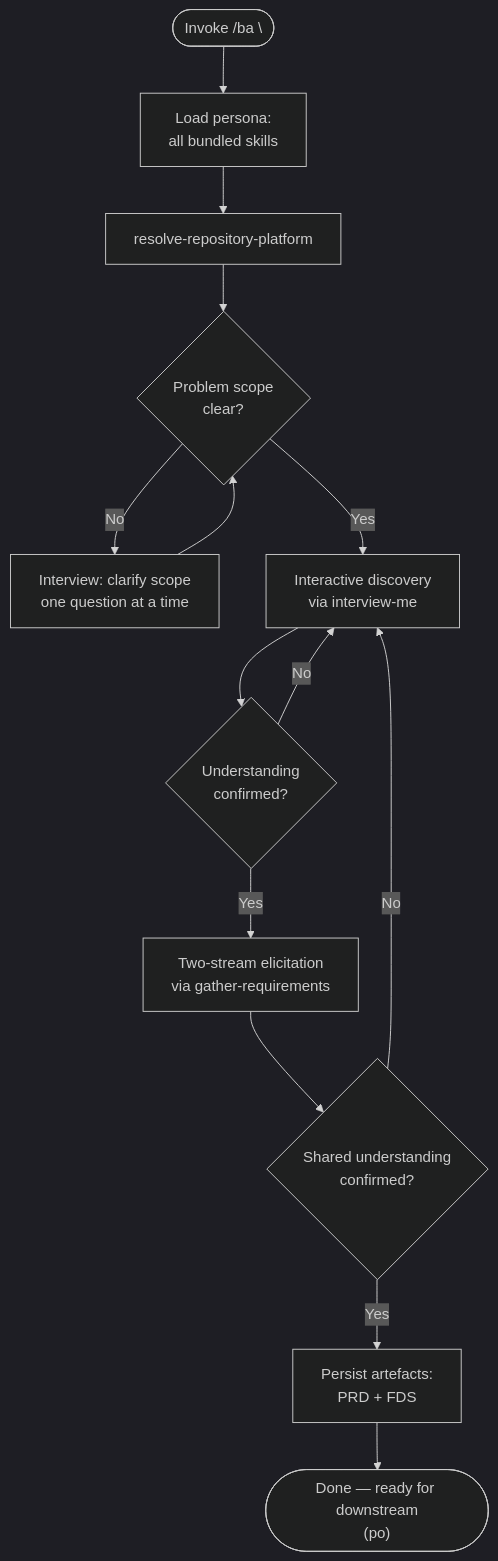
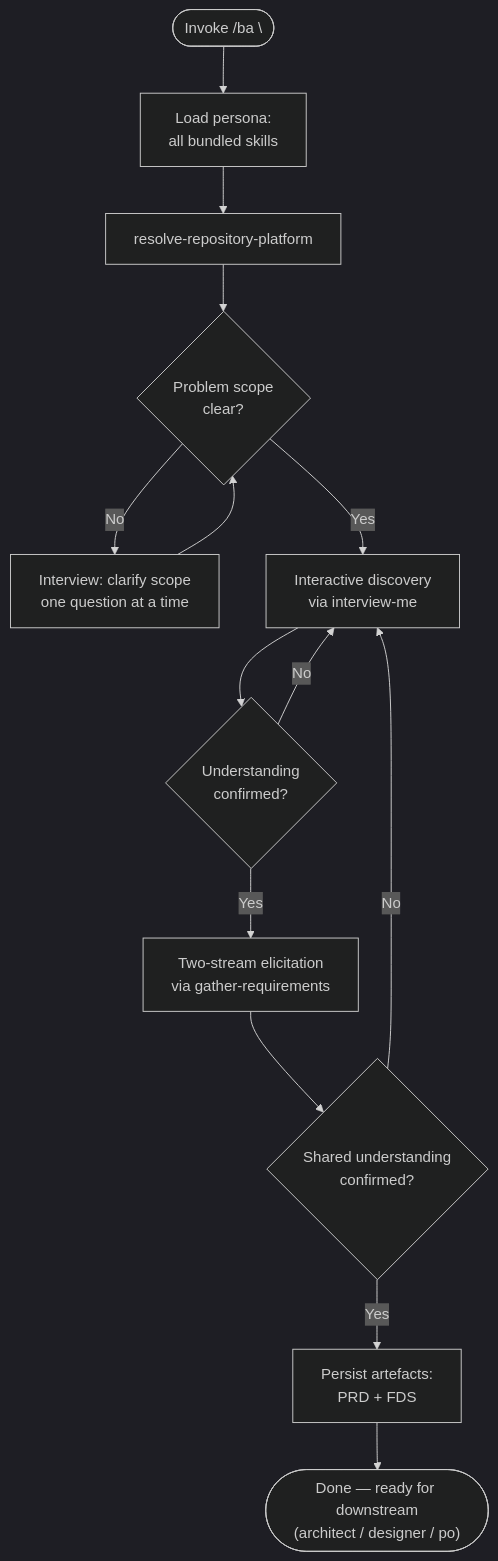
Before and after one commit to MegaByteMark/skills-to-pay-the-ai-bills: the diagram in skills/ba/SKILL.md, drawn with Mermaid (dark theme). The commit also changed other lines of this file and 1 other file, not shown here.

Commit message:
docs: define persona lifecycle workflows in README and update BA downstream flow

````diff
--- a/skills/ba/SKILL.md
+++ b/skills/ba/SKILL.md
@@ -20,16 +20,16 @@
 ```mermaid
 flowchart TD
     START(["Invoke /ba \<context\>"]) --> LOAD["Load persona:<br>all bundled skills"]
     LOAD --> PLATFORM["resolve-repository-platform"]
     PLATFORM --> PROBLEM{Problem scope<br>clear?}
     PROBLEM -->|No| CLARIFY["Interview: clarify scope<br>one question at a time"]
     CLARIFY --> PROBLEM
     PROBLEM -->|Yes| DISCOVER["Interactive discovery<br>via interview-me"]
     DISCOVER --> ALIGN{Understanding<br>confirmed?}
     ALIGN -->|No| DISCOVER
     ALIGN -->|Yes| GATHER["Two-stream elicitation<br>via gather-requirements"]
     GATHER --> CHECK{Shared understanding<br>confirmed?}
     CHECK -->|No| DISCOVER
     CHECK -->|Yes| PERSIST["Persist artefacts:<br>PRD + FDS"]
-    PERSIST --> DONE(["Done — ready for downstream<br>(po)"])
+    PERSIST --> DONE(["Done — ready for downstream<br>(architect / designer / po)"])
 ```
````
